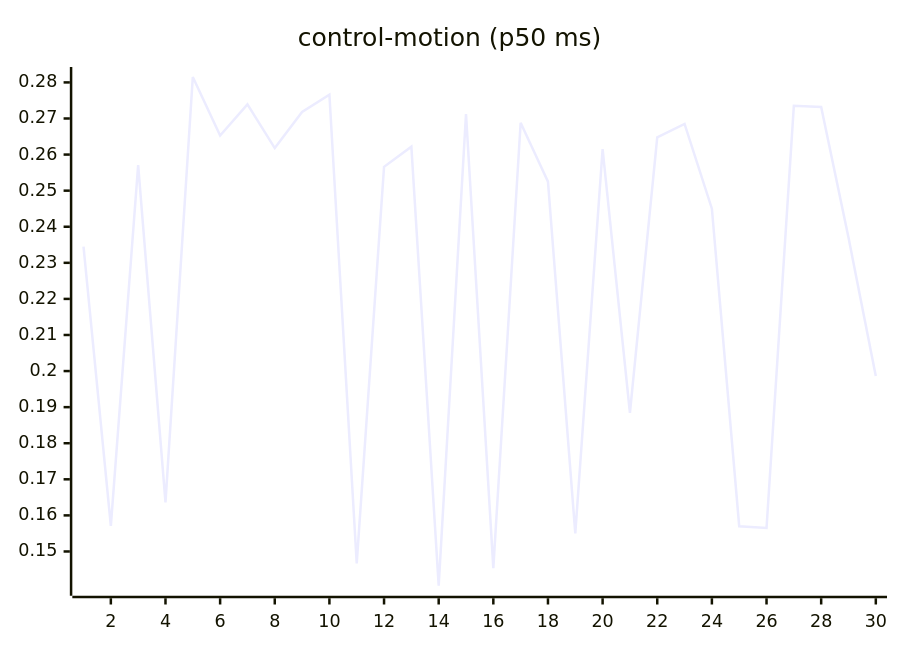
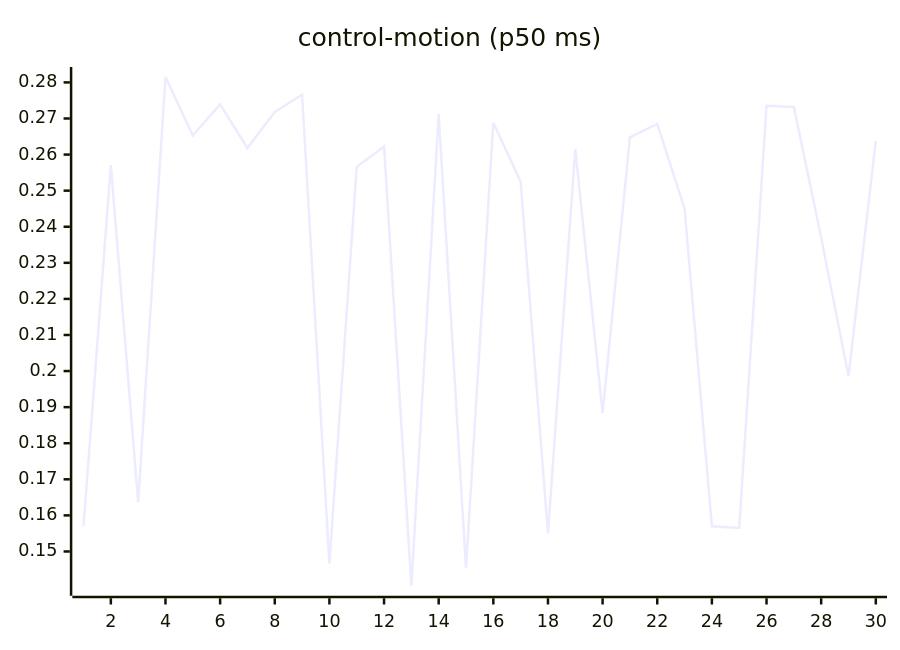
Before and after one commit to josha/Facet: the seventh of 27 diagrams in README.md, drawn with Mermaid. The commit also changed other lines of this file and 2 other files, not shown here.

````diff
--- a/README.md
+++ b/README.md
@@ -105,6 +105,6 @@
 ```mermaid
 xychart-beta
     title "control-motion (p50 ms)"
     x-axis 1 --> 30
-    line [0.2345, 0.1571, 0.2571, 0.1636, 0.2815, 0.2653, 0.2739, 0.2618, 0.2718, 0.2766, 0.1467, 0.2566, 0.2622, 0.1405, 0.2712, 0.1454, 0.2688, 0.2525, 0.1550, 0.2615, 0.1884, 0.2648, 0.2685, 0.2450, 0.1570, 0.1565, 0.2735, 0.2732, 0.2370, 0.1986]
+    line [0.1571, 0.2571, 0.1636, 0.2815, 0.2653, 0.2739, 0.2618, 0.2718, 0.2766, 0.1467, 0.2566, 0.2622, 0.1405, 0.2712, 0.1454, 0.2688, 0.2525, 0.1550, 0.2615, 0.1884, 0.2648, 0.2685, 0.2450, 0.1570, 0.1565, 0.2735, 0.2732, 0.2370, 0.1986, 0.2638]
 ```
````
